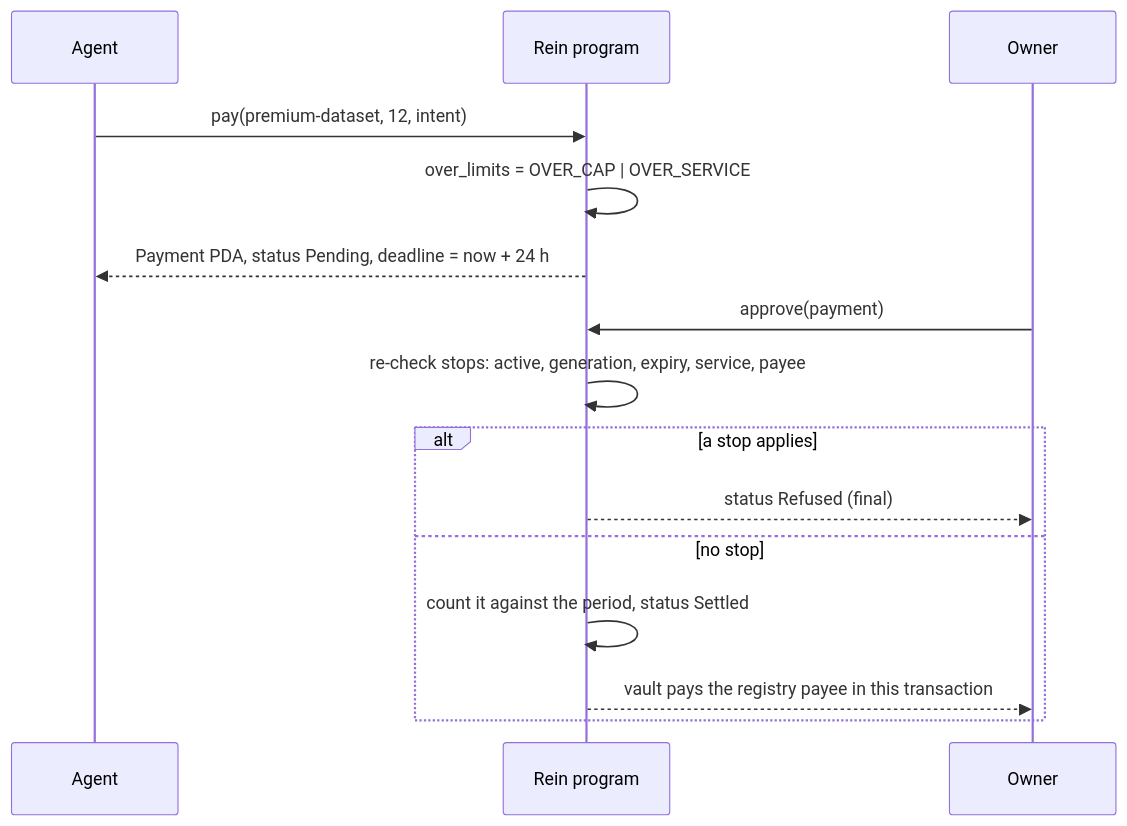
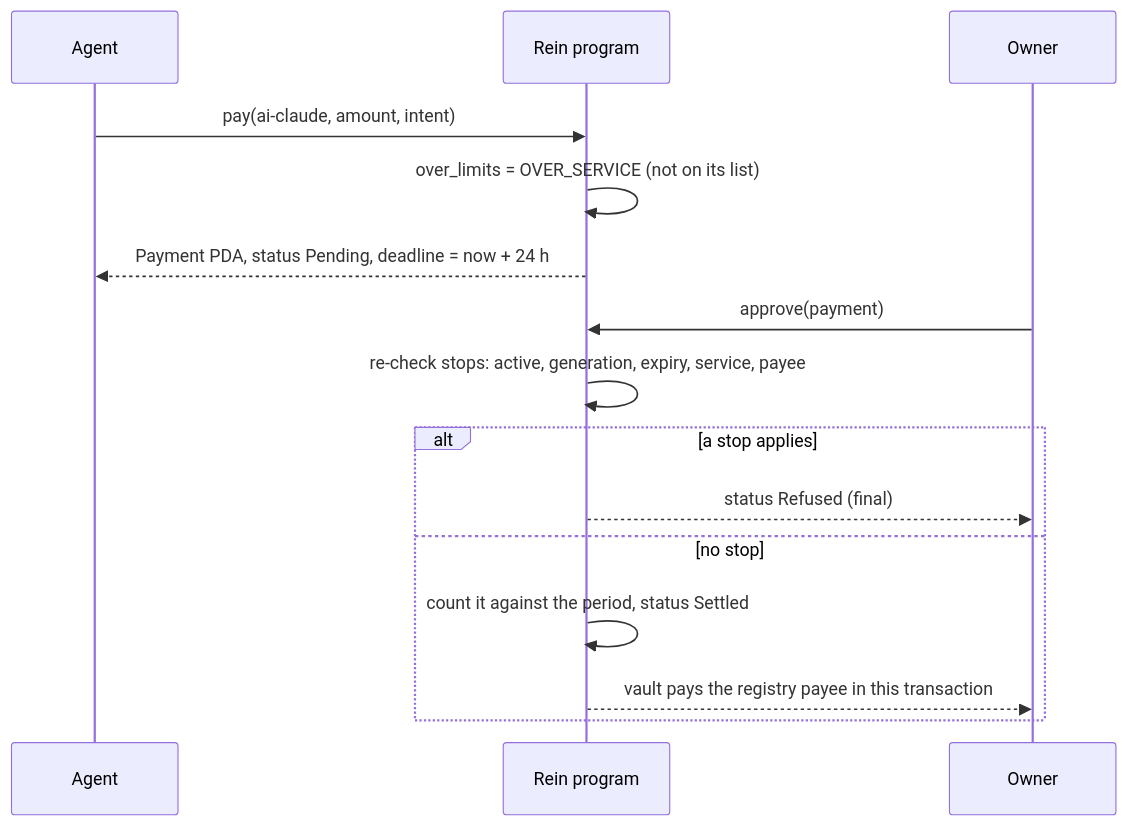
One commit to Nuel-osas/rein changed the third of 5 diagrams in README.md. Above: the diagram before and after it, drawn with Mermaid. The commit also changed other lines of this file and 16 other files, not shown here.

````diff
--- a/README.md
+++ b/README.md
@@ -198,17 +218,17 @@
 ```mermaid
 sequenceDiagram
   participant A as Agent
   participant P as Rein program
   participant O as Owner
-  A->>P: pay(premium-dataset, 12, intent)
-  P->>P: over_limits = OVER_CAP | OVER_SERVICE
+  A->>P: pay(ai-claude, amount, intent)
+  P->>P: over_limits = OVER_SERVICE (not on its list)
   P-->>A: Payment PDA, status Pending, deadline = now + 24 h
   O->>P: approve(payment)
   P->>P: re-check stops: active, generation, expiry, service, payee
   alt a stop applies
     P-->>O: status Refused (final)
   else no stop
     P->>P: count it against the period, status Settled
     P-->>O: vault pays the registry payee in this transaction
   end
 ```
````
